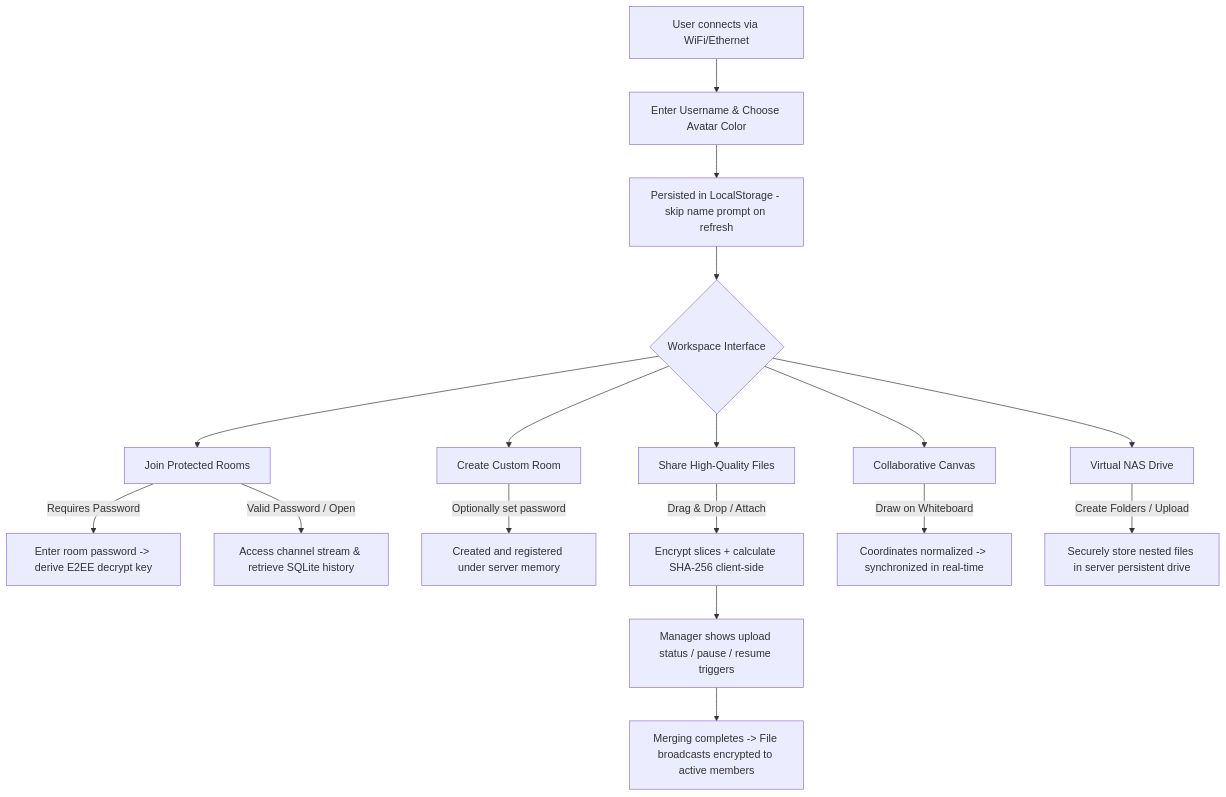
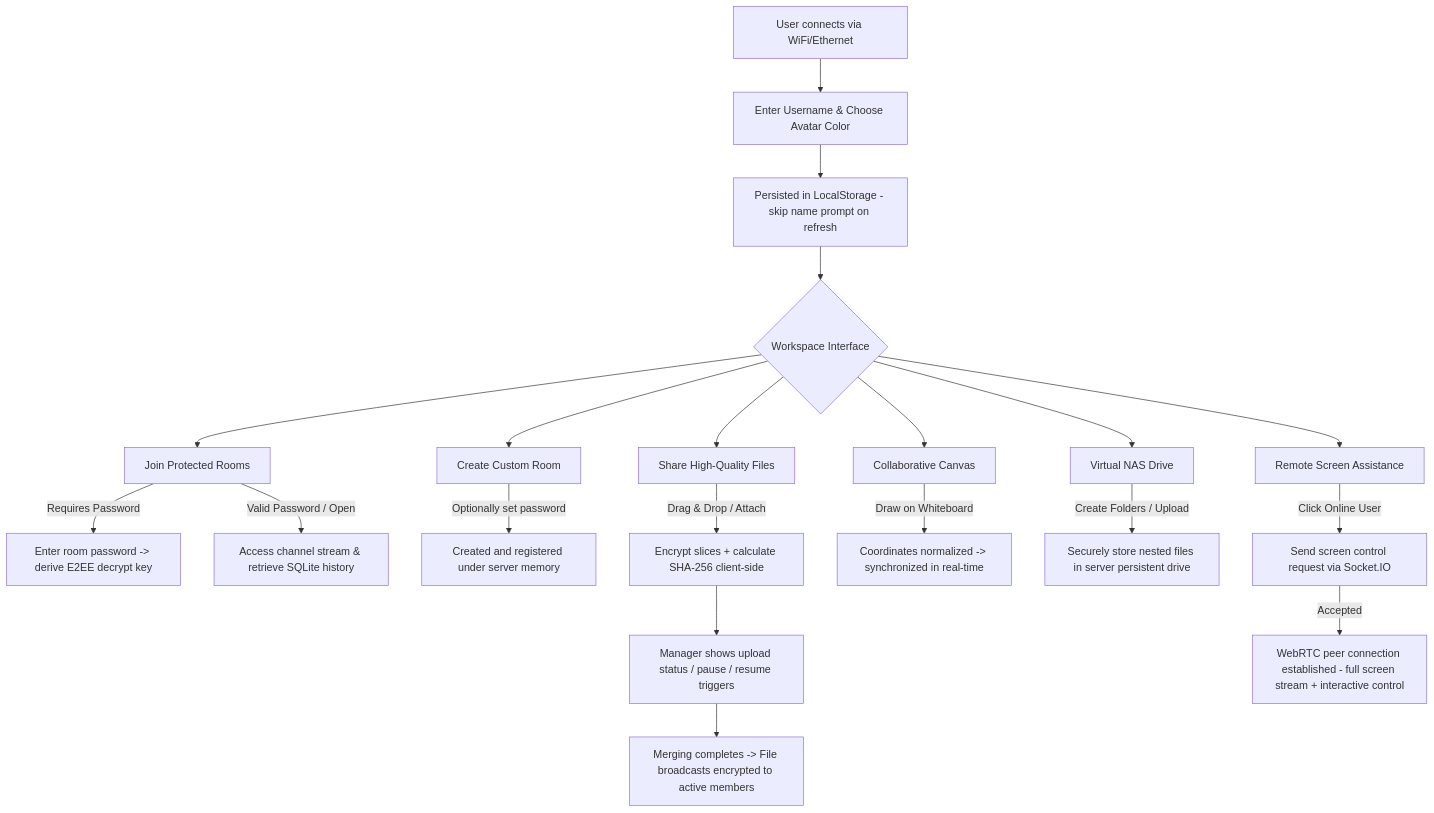
The third of 3 diagrams in README.md (arshad-muhammad/FileShareX), drawn with Mermaid before and after one commit. The commit also changed other lines of this file and 2 other files, not shown here.

First line of the commit message:
docs: add Remote Screen Control and Custom UI features to README and landing page

````diff
--- a/README.md
+++ b/README.md
@@ -150,24 +152,28 @@
 ```mermaid
 graph TD
     A[User connects via WiFi/Ethernet] --> B[Enter Username & Choose Avatar Color]
     B --> C[Persisted in LocalStorage - skip name prompt on refresh]
     C --> D{Workspace Interface}
     
     D --> E[Join Protected Rooms]
     E -->|Requires Password| F[Enter room password -> derive E2EE decrypt key]
     E -->|Valid Password / Open| G[Access channel stream & retrieve SQLite history]
     
     D --> H[Create Custom Room]
     H -->|Optionally set password| I[Created and registered under server memory]
     
     D --> J[Share High-Quality Files]
     J -->|Drag & Drop / Attach| K[Encrypt slices + calculate SHA-256 client-side]
     K --> L[Manager shows upload status / pause / resume triggers]
     L --> M[Merging completes -> File broadcasts encrypted to active members]
     
     D --> N[Collaborative Canvas]
     N -->|Draw on Whiteboard| O[Coordinates normalized -> synchronized in real-time]
     
     D --> P[Virtual NAS Drive]
     P -->|Create Folders / Upload| Q[Securely store nested files in server persistent drive]
+    
+    D --> R[Remote Screen Assistance]
+    R -->|Click Online User| S[Send screen control request via Socket.IO]
+    S -->|Accepted| T[WebRTC peer connection established - full screen stream + interactive control]
 ```
````
